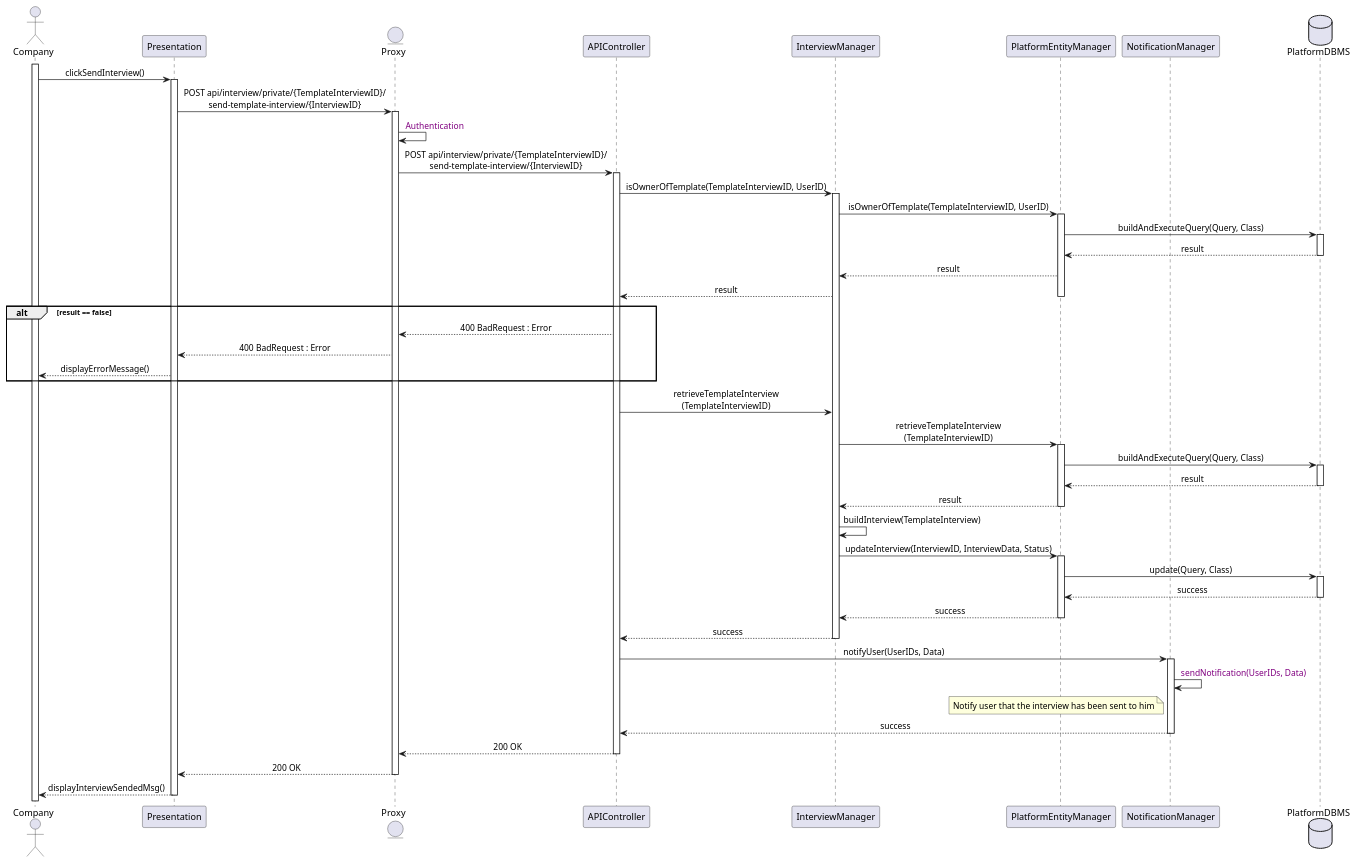
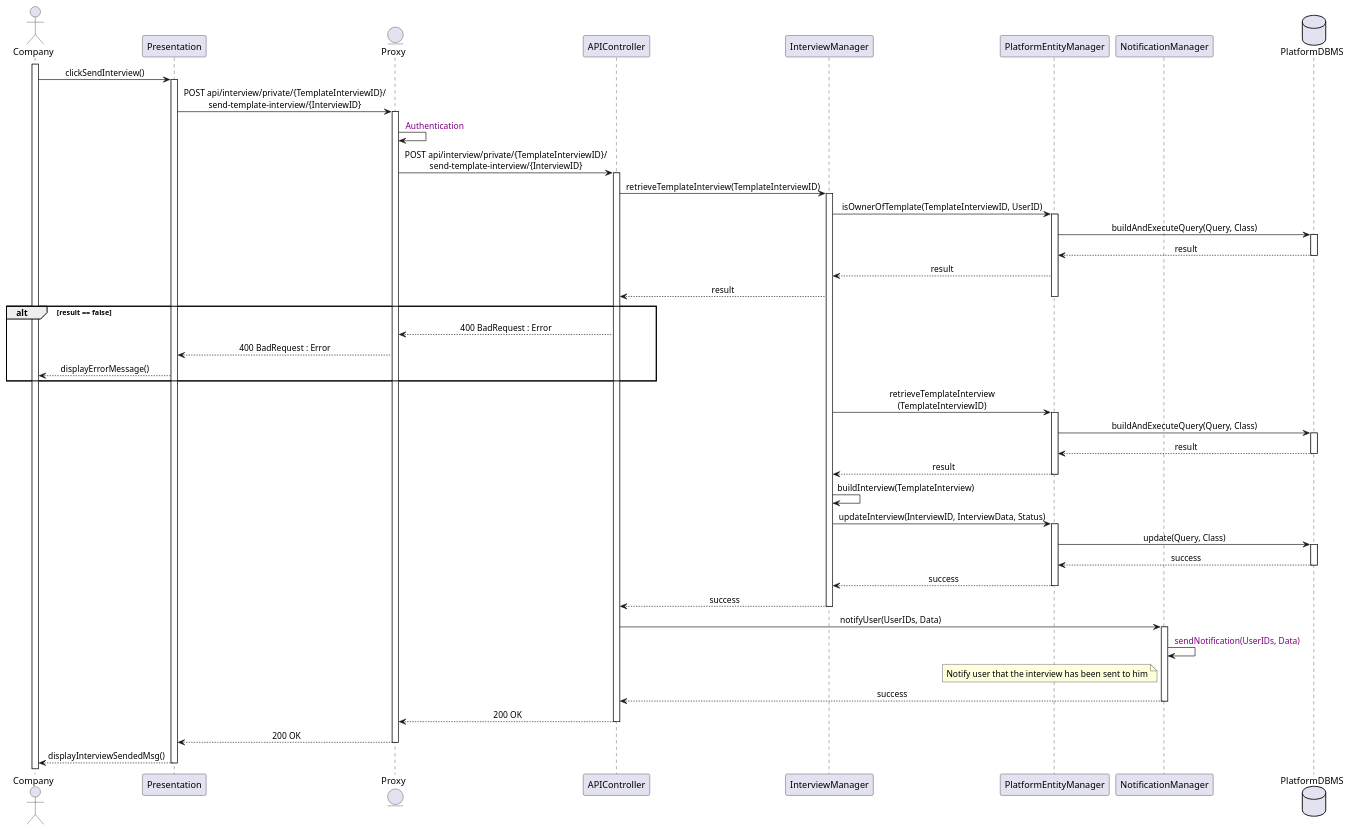
One commit to Slaitroc/RicciPaoliGrisoni changed the diagram in Diagrams/SequenceDiagrams/DD/23CompanySendTemplateInterview.wsd. Above: the diagram before and after it, drawn with PlantUML. The commit also changed 5 other files, not shown here.

Commit message:
fix sequence diagram

```diff
--- a/Diagrams/SequenceDiagrams/DD/23CompanySendTemplateInterview.wsd
+++ b/Diagrams/SequenceDiagrams/DD/23CompanySendTemplateInterview.wsd
@@ -1,70 +1,69 @@
 @startuml 23CompanySendSavedInterview
 skinparam sequenceMessageAlign center
 actor Company
 participant Presentation
 entity Proxy
 participant APIController
 participant InterviewManager
 participant PlatformEntityManager
 participant NotificationManager
 database PlatformDBMS
 
 activate Company
 Company -> Presentation : clickSendInterview()
 activate Presentation
 'body contain the InterviewID and TemplateInterviewID
 Presentation -> Proxy : POST api/interview/private/{TemplateInterviewID}/\nsend-template-interview/{InterviewID}
 activate Proxy
 Proxy -> Proxy : <color:purple> Authentication
 Proxy -> APIController : POST api/interview/private/{TemplateInterviewID}/\nsend-template-interview/{InterviewID}
 activate APIController
-APIController -> InterviewManager : isOwnerOfTemplate(TemplateInterviewID, UserID)
+APIController -> InterviewManager : retrieveTemplateInterview(TemplateInterviewID)
 activate InterviewManager
 InterviewManager -> PlatformEntityManager : isOwnerOfTemplate(TemplateInterviewID, UserID)
 activate PlatformEntityManager
 PlatformEntityManager -> PlatformDBMS : buildAndExecuteQuery(Query, Class)
 activate PlatformDBMS
 PlatformDBMS --> PlatformEntityManager : result
 deactivate PlatformDBMS
 PlatformEntityManager --> InterviewManager : result
 InterviewManager --> APIController : result
 deactivate PlatformEntityManager
 alt result == false
     APIController --> Proxy : 400 BadRequest : Error
     Proxy --> Presentation : 400 BadRequest : Error
     Presentation --> Company : displayErrorMessage()
 end
-APIController -> InterviewManager : retrieveTemplateInterview\n(TemplateInterviewID)
 InterviewManager -> PlatformEntityManager : retrieveTemplateInterview\n(TemplateInterviewID)
 activate PlatformEntityManager
 PlatformEntityManager -> PlatformDBMS : buildAndExecuteQuery(Query, Class)
 activate PlatformDBMS
 PlatformDBMS --> PlatformEntityManager : result
 deactivate PlatformDBMS
 PlatformEntityManager --> InterviewManager : result
 deactivate PlatformEntityManager
 'this return the InterviewData
 InterviewManager -> InterviewManager : buildInterview(TemplateInterview)
 InterviewManager -> PlatformEntityManager : updateInterview(InterviewID, InterviewData, Status)
 activate PlatformEntityManager
 PlatformEntityManager -> PlatformDBMS : update(Query, Class)
 activate PlatformDBMS
 PlatformDBMS --> PlatformEntityManager : success
 deactivate PlatformDBMS
 PlatformEntityManager --> InterviewManager : success
 deactivate PlatformEntityManager
 InterviewManager --> APIController : success
 deactivate InterviewManager
 APIController -> NotificationManager : notifyUser(UserIDs, Data)
 activate NotificationManager
 NotificationManager -> NotificationManager : <color:purple> sendNotification(UserIDs, Data)
 note left of NotificationManager : Notify user that the interview has been sent to him
 NotificationManager --> APIController : success
 deactivate NotificationManager
 APIController --> Proxy : 200 OK
 deactivate APIController
 Proxy --> Presentation : 200 OK
 deactivate Proxy
 Presentation --> Company : displayInterviewSendedMsg()
 deactivate Presentation
 @enduml
```
